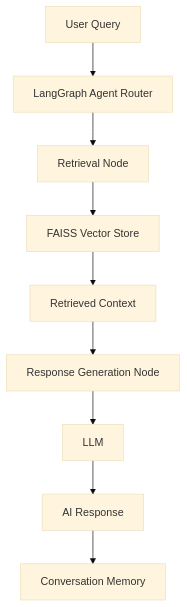
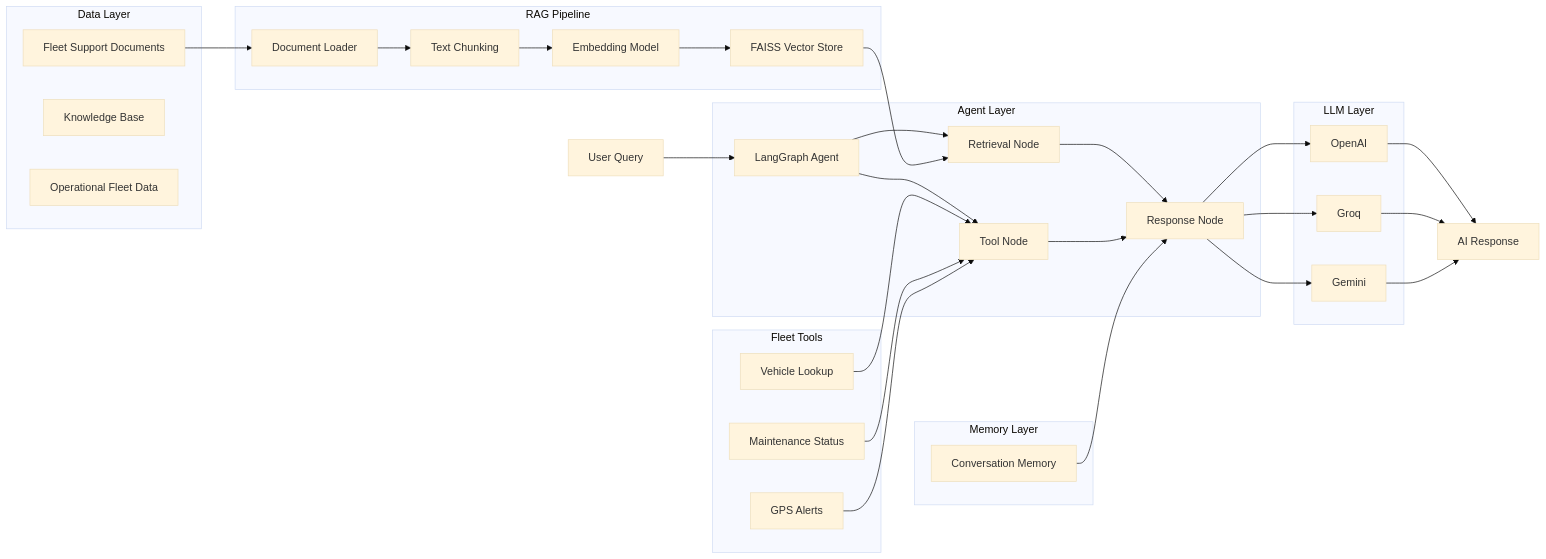
One commit to mrrahulrana/fleet-support-rag-assistant changed the diagram in README.md. Above: the diagram before and after it, drawn with Mermaid (base theme). The commit also changed other lines of this file and 12 other files, not shown here.

Commit message:
Add fleet operations tool calling and AI action workflows

````diff
--- a/README.md
+++ b/README.md
@@ -40,20 +130,82 @@
 ```mermaid
-flowchart TD
+flowchart LR
 
-A[User Query]
---> B[LangGraph Agent Router]
+    subgraph Data Layer
 
-B --> C[Retrieval Node]
+        D1[Fleet Support Documents]
+        D2[Knowledge Base]
+        D3[Operational Fleet Data]
 
-C --> D[FAISS Vector Store]
+    end
 
-D --> E[Retrieved Context]
+    subgraph RAG Pipeline
 
-E --> F[Response Generation Node]
+        R1[Document Loader]
+        R2[Text Chunking]
+        R3[Embedding Model]
+        R4[FAISS Vector Store]
 
-F --> G[LLM]
+        D1 --> R1
+        R1 --> R2
+        R2 --> R3
+        R3 --> R4
 
-G --> H[AI Response]
+    end
 
-H --> I[Conversation Memory]
+    subgraph Agent Layer
+
+        A1[LangGraph Agent]
+
+        A2[Retrieval Node]
+        A3[Tool Node]
+        A4[Response Node]
+
+        A1 --> A2
+        A1 --> A3
+        A2 --> A4
+        A3 --> A4
+
+    end
+
+    subgraph Fleet Tools
+
+        T1[Vehicle Lookup]
+        T2[Maintenance Status]
+        T3[GPS Alerts]
+
+    end
+
+    subgraph Memory Layer
+
+        M1[Conversation Memory]
+
+    end
+
+    subgraph LLM Layer
+
+        L1[OpenAI]
+        L2[Groq]
+        L3[Gemini]
+
+    end
+
+    User[User Query]
+
+    User --> A1
+
+    R4 --> A2
+
+    T1 --> A3
+    T2 --> A3
+    T3 --> A3
+
+    M1 --> A4
+
+    A4 --> L1
+    A4 --> L2
+    A4 --> L3
+
+    L1 --> Response[AI Response]
+    L2 --> Response
+    L3 --> Response
 ```
````
